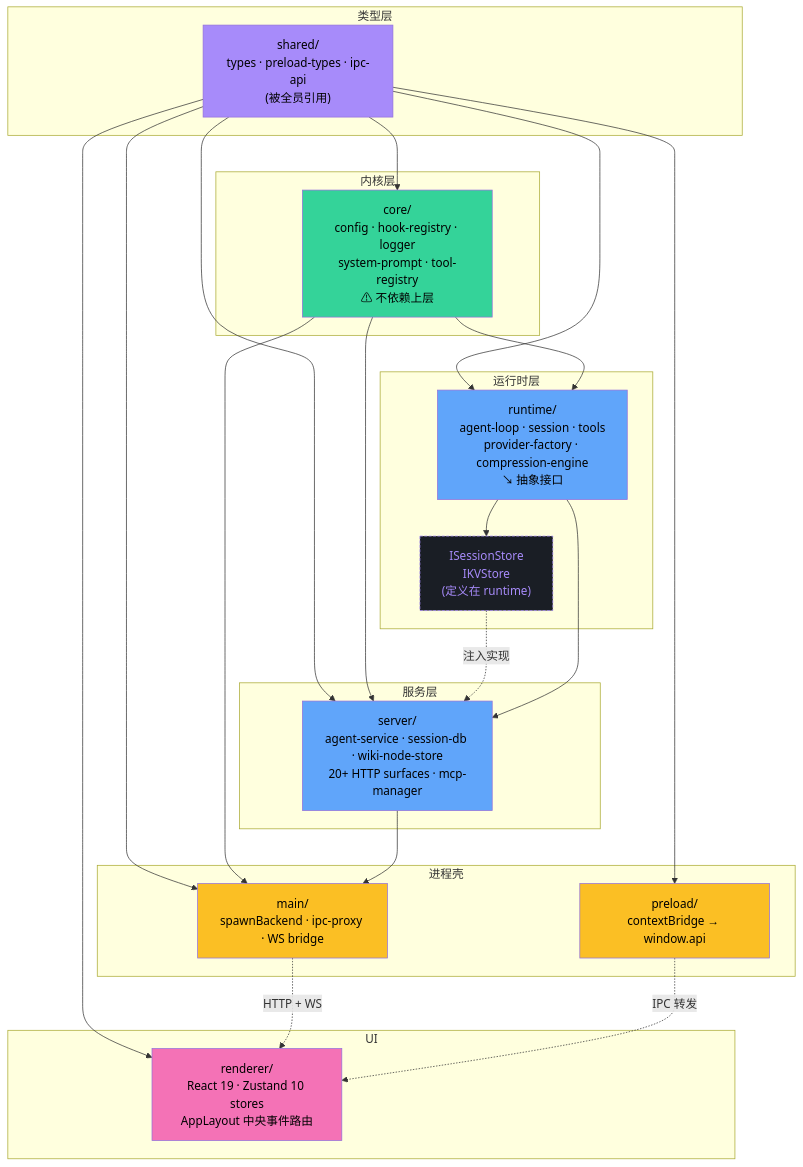
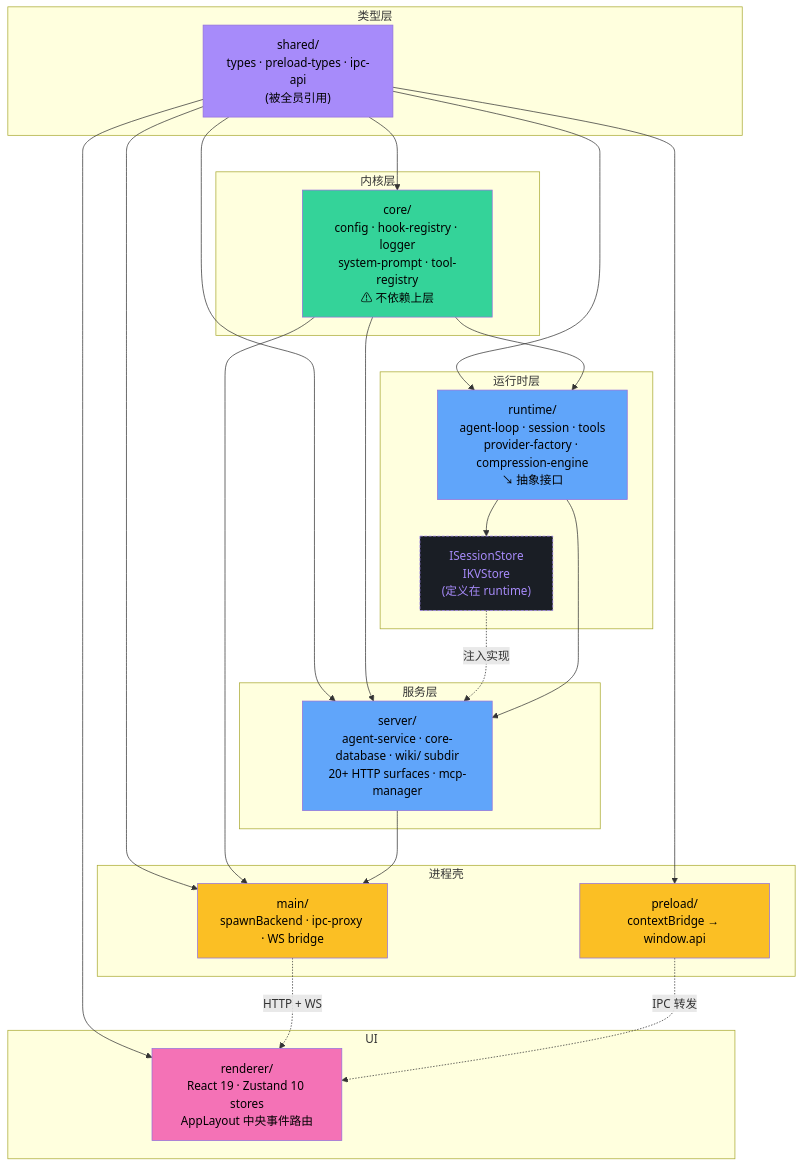
One commit to LanicBlue/zero-core changed the first of 2 diagrams in docs/arch/02-module-structure.md. Above: the diagram before and after it, drawn with Mermaid. The commit also changed other lines of this file and 64 other files, not shown here.

First line of the commit message:
docs(wiki-system-redesign): P1-7 arch docs 只描述 v2 + 加固 link checker + regen code-graph(acceptance review)

````diff
--- a/docs/arch/02-module-structure.md
+++ b/docs/arch/02-module-structure.md
@@ -448,53 +456,53 @@
 ```mermaid
 graph TB
     subgraph "类型层"
         Shared["shared/<br/>types · preload-types · ipc-api<br/>(被全员引用)"]
     end
 
     subgraph "内核层"
         Core["core/<br/>config · hook-registry · logger<br/>system-prompt · tool-registry<br/>⚠ 不依赖上层"]
     end
 
     subgraph "运行时层"
         Runtime["runtime/<br/>agent-loop · session · tools<br/>provider-factory · compression-engine<br/>↘ 抽象接口"]
         Interface["ISessionStore<br/>IKVStore<br/>(定义在 runtime)"]
     end
 
     subgraph "服务层"
-        Server["server/<br/>agent-service · session-db · wiki-node-store<br/>20+ HTTP surfaces · mcp-manager"]
+        Server["server/<br/>agent-service · core-database · wiki/ subdir<br/>20+ HTTP surfaces · mcp-manager"]
     end
 
     subgraph "进程壳"
         Main["main/<br/>spawnBackend · ipc-proxy · WS bridge"]
         Preload["preload/<br/>contextBridge → window.api"]
     end
 
     subgraph "UI"
         Renderer["renderer/<br/>React 19 · Zustand 10 stores<br/>AppLayout 中央事件路由"]
     end
 
     Shared --> Core
     Shared --> Runtime
     Shared --> Server
     Shared --> Main
     Shared --> Preload
     Shared --> Renderer
     Core --> Runtime
     Core --> Server
     Core --> Main
     Runtime --> Interface
     Interface -. "注入实现" .-> Server
     Runtime --> Server
     Server --> Main
     Main -. "HTTP + WS" .-> Renderer
     Preload -. "IPC 转发" .-> Renderer
 
     style Shared fill:#a78bfa,color:#000
     style Core fill:#34d399,color:#000
     style Runtime fill:#60a5fa,color:#000
     style Server fill:#60a5fa,color:#000
     style Main fill:#fbbf24,color:#000
     style Preload fill:#fbbf24,color:#000
     style Renderer fill:#f472b6,color:#000
     style Interface fill:#1a1e25,stroke:#a78bfa,stroke-dasharray: 4 2,color:#a78bfa
 ```
````
